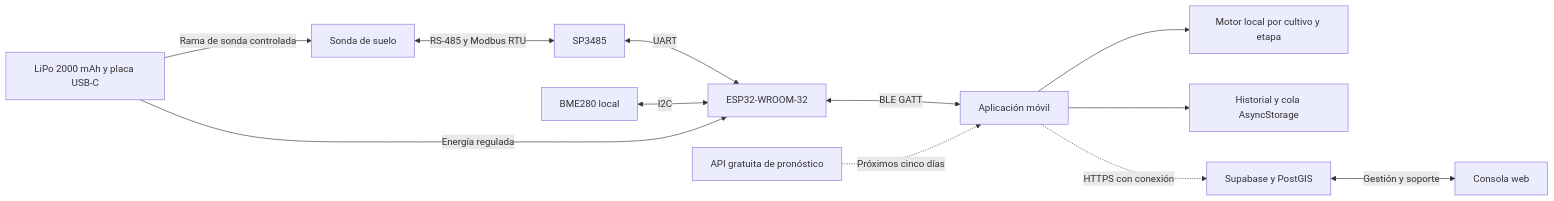
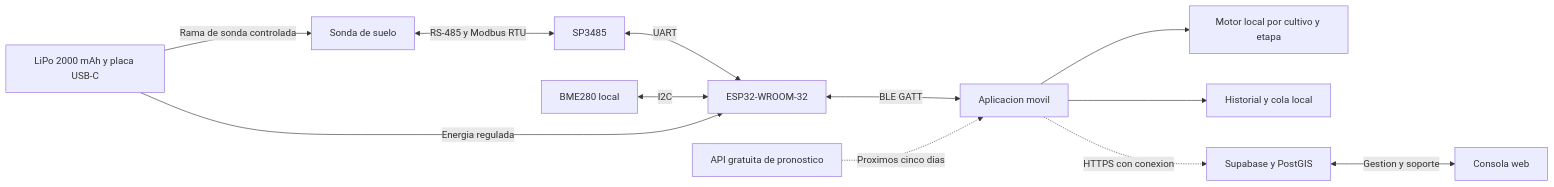
The fourth of 11 diagrams in docs/INFORME 1 .docx.md (Alvarinhoooo7/TerraSence), drawn with Mermaid before and after one commit. The commit also changed other lines of this file and 12 other files, not shown here.

````diff
--- a/docs/INFORME 1 .docx.md
+++ b/docs/INFORME 1 .docx.md
@@ -245,14 +533,14 @@
 ```mermaid
 flowchart LR
     S[Sonda de suelo] <-->|RS-485 y Modbus RTU| R[SP3485]
     R <-->|UART| E[ESP32-WROOM-32]
     B[BME280 local] <-->|I2C| E
-    P[LiPo 2000 mAh y placa USB-C] -->|Energía regulada| E
+    P[LiPo 2000 mAh y placa USB-C] -->|Energia regulada| E
     P -->|Rama de sonda controlada| S
-    E <-->|BLE GATT| A[Aplicación móvil]
+    E <-->|BLE GATT| A[Aplicacion movil]
     A --> M[Motor local por cultivo y etapa]
-    A --> L[Historial y cola AsyncStorage]
-    A -.->|HTTPS con conexión| C[Supabase y PostGIS]
-    W[API gratuita de pronóstico] -.->|Próximos cinco días| A
-    C <-->|Gestión y soporte| V[Consola web]
+    A --> L[Historial y cola local]
+    A -.->|HTTPS con conexion| C[Supabase y PostGIS]
+    W[API gratuita de pronostico] -.->|Proximos cinco dias| A
+    C <-->|Gestion y soporte| V[Consola web]
 ```
````
